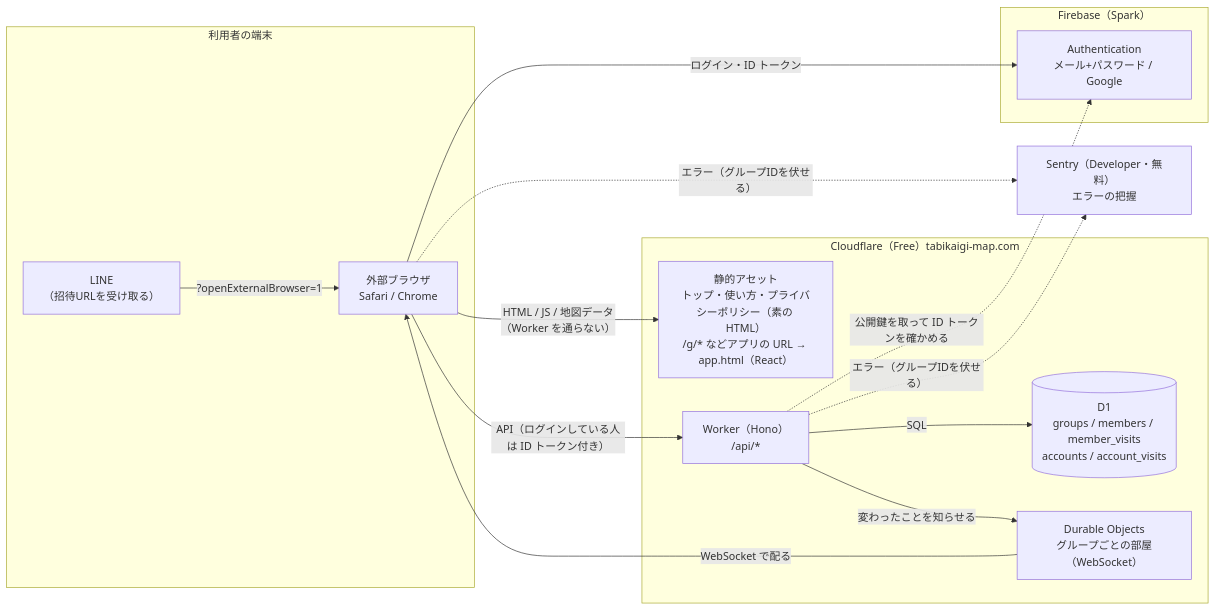
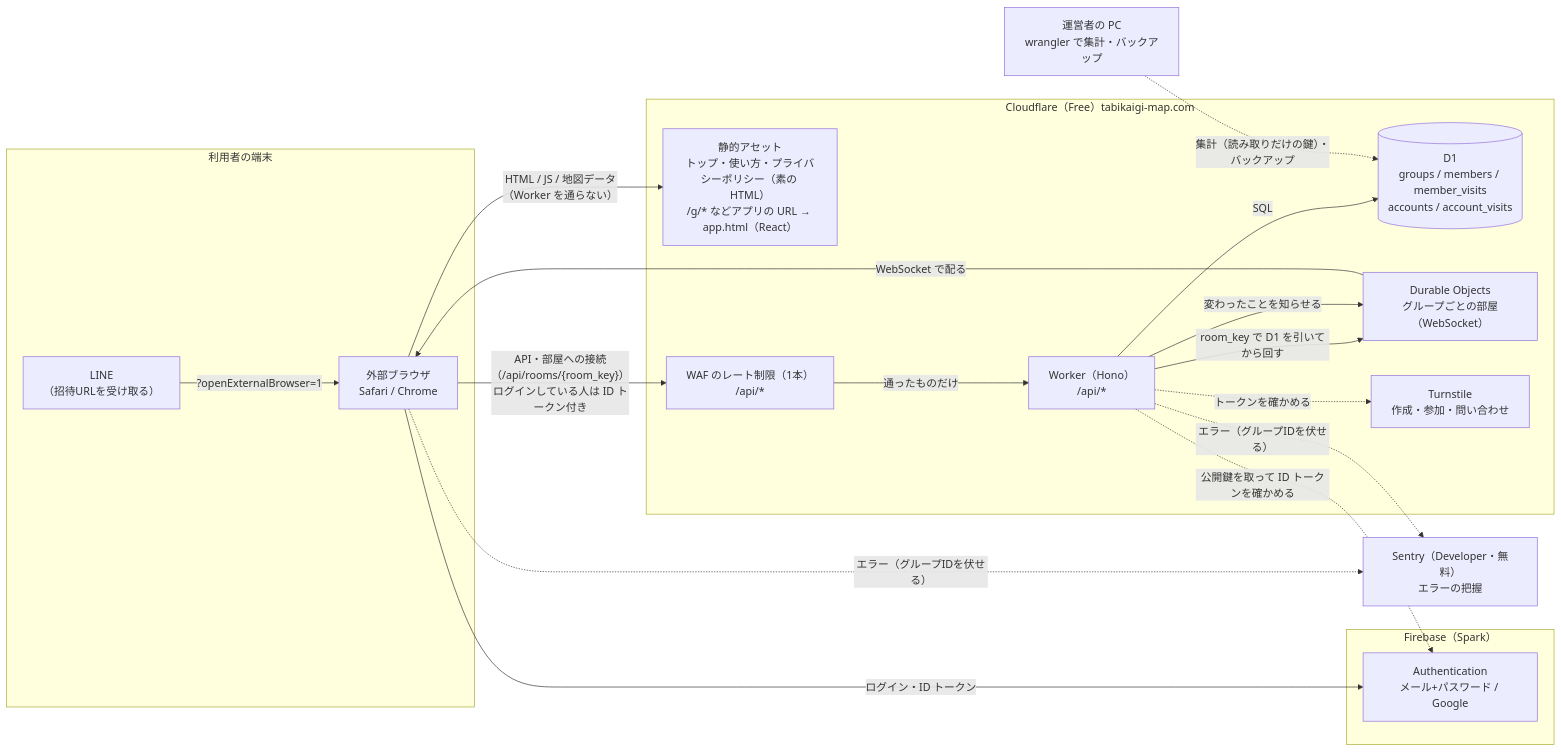
The diagram in docs/design/architecture.md (yuppy52/tabikaigi-map), drawn with Mermaid before and after one commit. The commit also changed other lines of this file and 15 other files, not shown here.

````diff
--- a/docs/design/architecture.md
+++ b/docs/design/architecture.md
@@ -7,31 +7,38 @@
 ```mermaid
 flowchart LR
   subgraph client["利用者の端末"]
     LINE["LINE<br/>（招待URLを受け取る）"]
     Browser["外部ブラウザ<br/>Safari / Chrome"]
     LINE -- "?openExternalBrowser=1" --> Browser
   end
+  Ops["運営者の PC<br/>wrangler で集計・バックアップ"]
 
   subgraph cf["Cloudflare（Free）tabikaigi-map.com"]
     Assets["静的アセット<br/>トップ・使い方・プライバシーポリシー（素の HTML）<br/>/g/* などアプリの URL → app.html（React）"]
+    WAF["WAF のレート制限（1本）<br/>/api/*"]
     Worker["Worker（Hono）<br/>/api/*"]
     D1[("D1<br/>groups / members / member_visits<br/>accounts / account_visits")]
     Room["Durable Objects<br/>グループごとの部屋（WebSocket）"]
+    Turnstile["Turnstile<br/>作成・参加・問い合わせ"]
   end
 
   subgraph fb["Firebase（Spark）"]
     Auth["Authentication<br/>メール+パスワード / Google"]
   end
 
   Sentry["Sentry（Developer・無料）<br/>エラーの把握"]
 
   Browser -- "HTML / JS / 地図データ<br/>（Worker を通らない）" --> Assets
-  Browser -- "API（ログインしている人は ID トークン付き）" --> Worker
+  Browser -- "API・部屋への接続（/api/rooms/{room_key}）<br/>ログインしている人は ID トークン付き" --> WAF
+  WAF -- "通ったものだけ" --> Worker
   Worker -- "SQL" --> D1
+  Worker -- "room_key で D1 を引いてから回す" --> Room
   Worker -- "変わったことを知らせる" --> Room
   Room -- "WebSocket で配る" --> Browser
+  Worker -. "トークンを確かめる" .-> Turnstile
   Browser -- "ログイン・ID トークン" --> Auth
   Worker -. "公開鍵を取って ID トークンを確かめる" .-> Auth
   Browser -. "エラー（グループIDを伏せる）" .-> Sentry
   Worker -. "エラー（グループIDを伏せる）" .-> Sentry
+  Ops -. "集計（読み取りだけの鍵）・バックアップ" .-> D1
 ```
````
